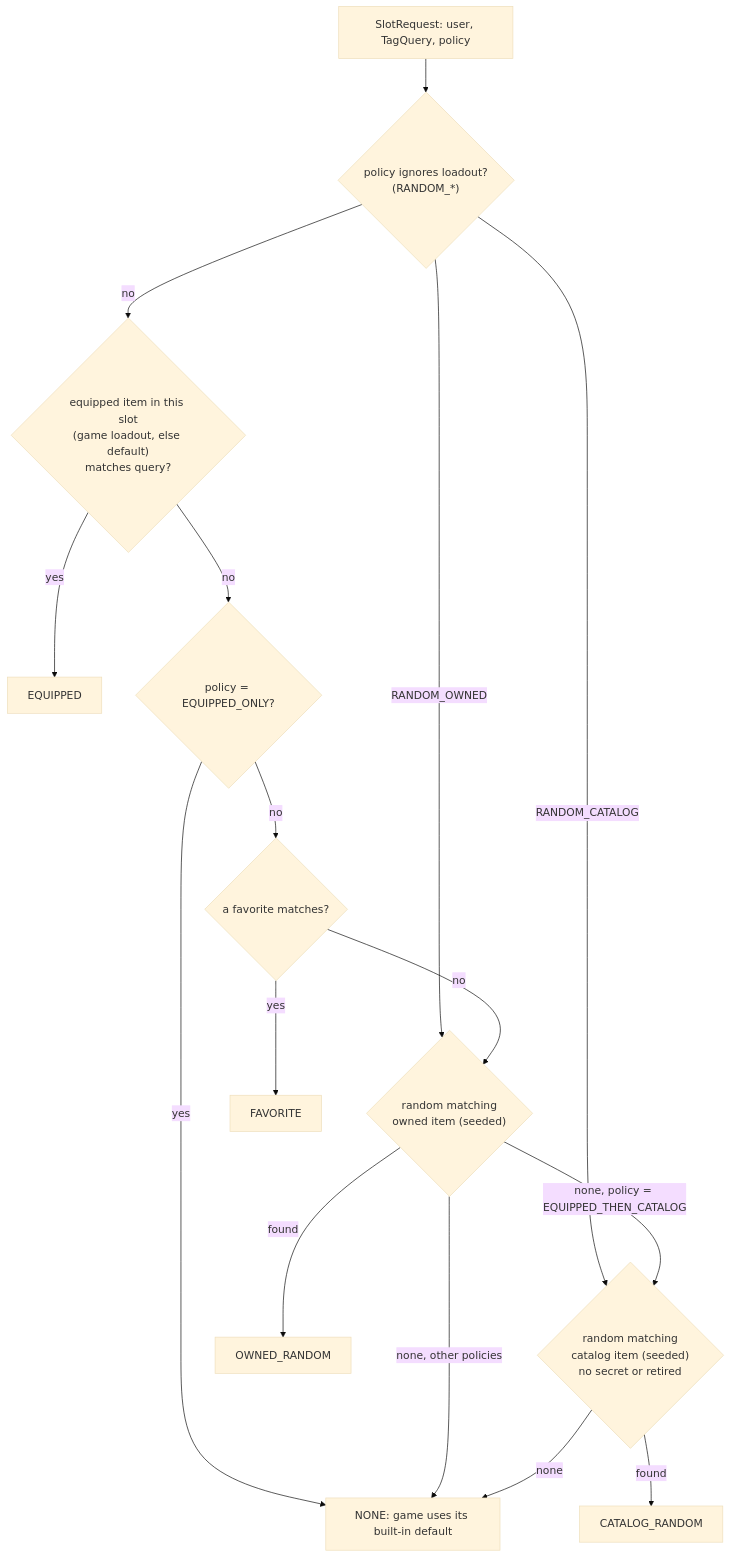
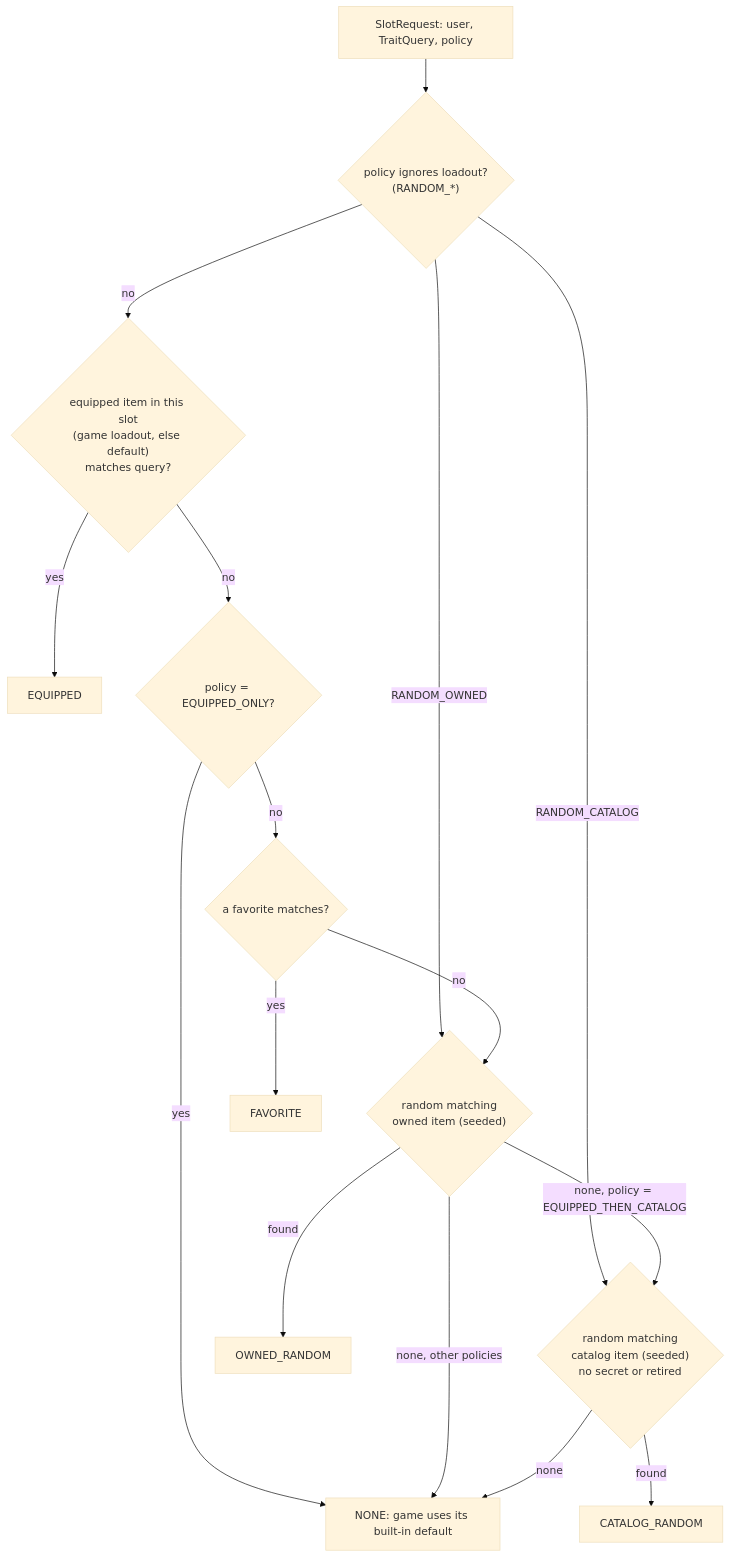
One commit to QMasterMoo/lawn-gnome-panic changed the fifth of 8 diagrams in docs/design/gnome-platform.md. Above: the diagram before and after it, drawn with Mermaid (base theme). The commit also changed other lines of this file and 3 other files, not shown here.

First line of the commit message:
Platform protos: one enum per trait type instead of tag ranges

````diff
--- a/docs/design/gnome-platform.md
+++ b/docs/design/gnome-platform.md
@@ -253,18 +295,18 @@
 ```mermaid
 flowchart TD
-  A["SlotRequest: user, TagQuery, policy"] --> B{"policy ignores loadout?<br/>(RANDOM_*)"}
+  A["SlotRequest: user, TraitQuery, policy"] --> B{"policy ignores loadout?<br/>(RANDOM_*)"}
   B -- "RANDOM_OWNED" --> R1
   B -- "RANDOM_CATALOG" --> R2
   B -- no --> C{"equipped item in this slot<br/>(game loadout, else default)<br/>matches query?"}
   C -- yes --> E["EQUIPPED"]
   C -- no --> D{"policy = EQUIPPED_ONLY?"}
   D -- yes --> N["NONE: game uses its built-in default"]
   D -- no --> F{"a favorite matches?"}
   F -- yes --> FV["FAVORITE"]
   F -- no --> R1{"random matching<br/>owned item (seeded)"}
   R1 -- found --> O["OWNED_RANDOM"]
   R1 -- "none, policy = EQUIPPED_THEN_CATALOG" --> R2{"random matching<br/>catalog item (seeded)<br/>no secret or retired"}
   R1 -- "none, other policies" --> N
   R2 -- found --> CR["CATALOG_RANDOM"]
   R2 -- none --> N
 ```
````
